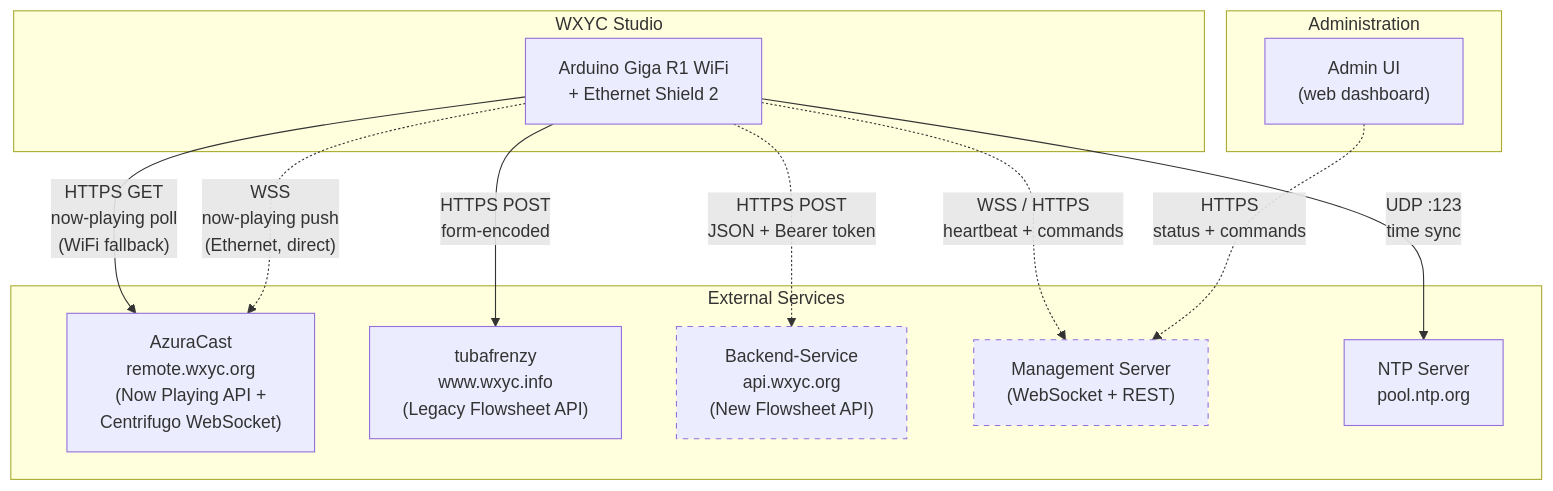
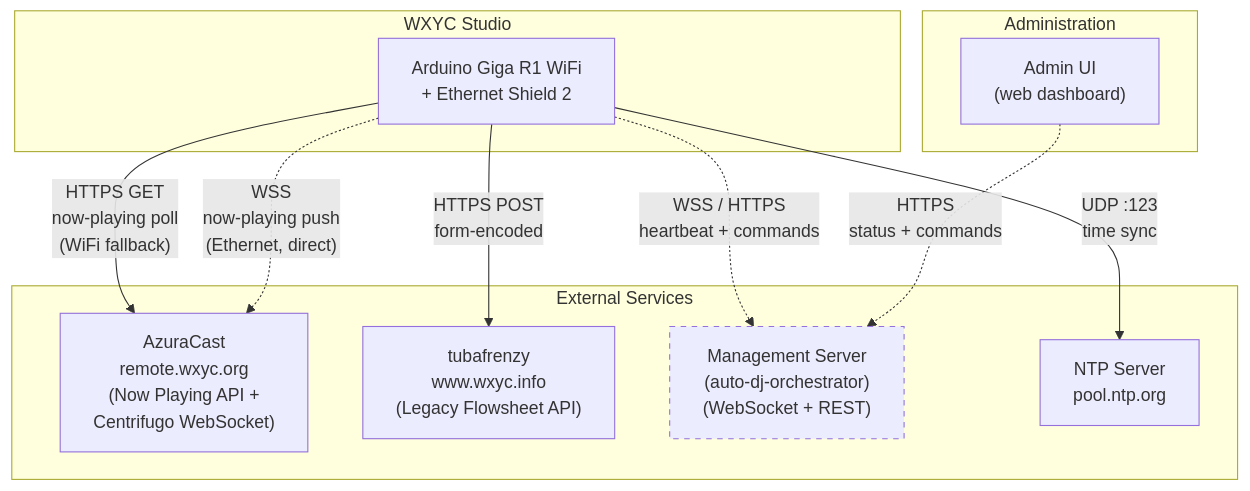
Before and after one commit to WXYC/auto-dj-arduino-switch: the first of 16 diagrams in docs/networking-spec.md, drawn with Mermaid. The commit also changed other lines of this file, not shown here.

````diff
--- a/docs/networking-spec.md
+++ b/docs/networking-spec.md
@@ -58,30 +58,27 @@
 ```mermaid
 flowchart TD
     subgraph Studio["WXYC Studio"]
         ARD["Arduino Giga R1 WiFi<br>+ Ethernet Shield 2"]
     end
 
     subgraph External["External Services"]
         AZ["AzuraCast<br>remote.wxyc.org<br>(Now Playing API +<br>Centrifugo WebSocket)"]
         TF["tubafrenzy<br>www.wxyc.info<br>(Legacy Flowsheet API)"]
-        BS["Backend-Service<br>api.wxyc.org<br>(New Flowsheet API)"]
-        MS["Management Server<br>(WebSocket + REST)"]
+        MS["Management Server<br>(auto-dj-orchestrator)<br>(WebSocket + REST)"]
         NTP["NTP Server<br>pool.ntp.org"]
     end
 
     subgraph Admin["Administration"]
         UI["Admin UI<br>(web dashboard)"]
     end
 
     ARD -- "HTTPS GET<br>now-playing poll<br>(WiFi fallback)" --> AZ
     ARD -. "WSS<br>now-playing push<br>(Ethernet, direct)" .-> AZ
     ARD -- "HTTPS POST<br>form-encoded" --> TF
-    ARD -. "HTTPS POST<br>JSON + Bearer token" .-> BS
     ARD -. "WSS / HTTPS<br>heartbeat + commands" .-> MS
     ARD -- "UDP :123<br>time sync" --> NTP
 
     UI -. "HTTPS<br>status + commands" .-> MS
 
-    style BS stroke-dasharray: 5 5
     style MS stroke-dasharray: 5 5
 ```
````
